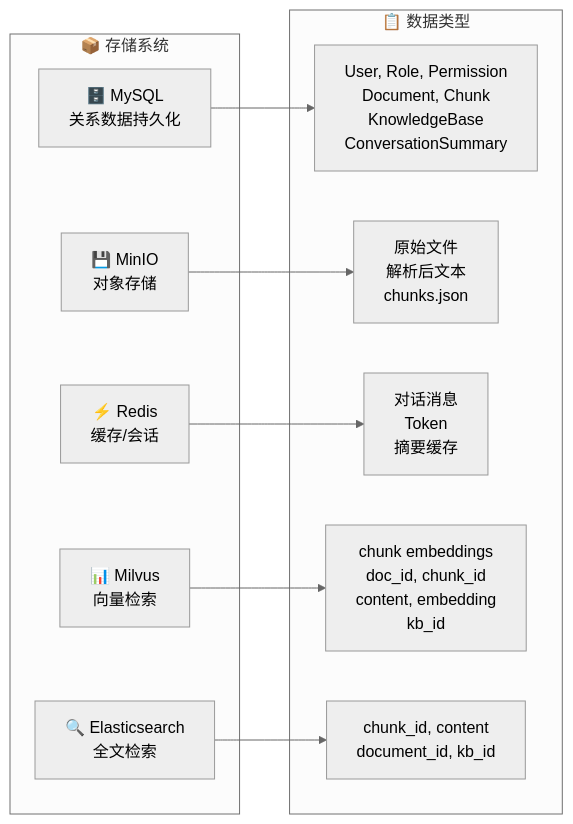
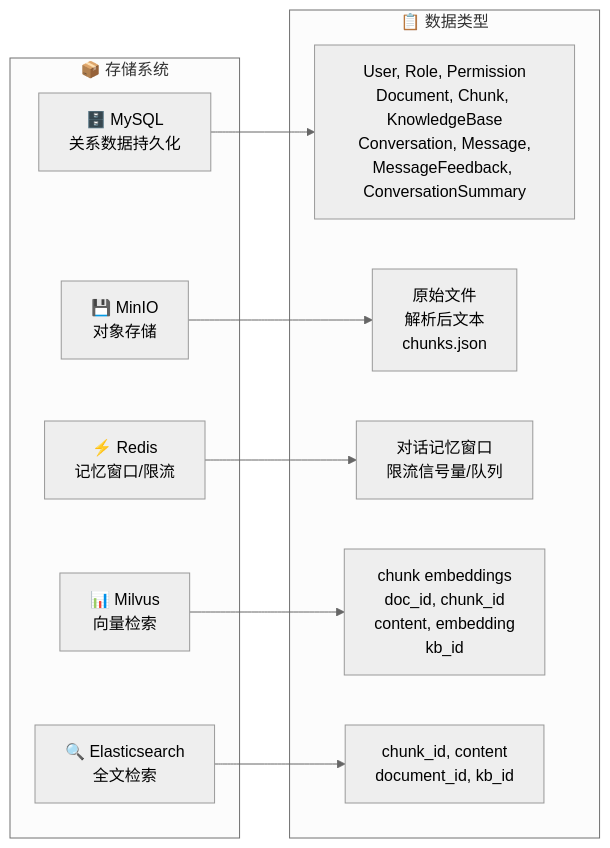
Before and after one commit to carlisle-withs/RAGGG: the fifth of 10 diagrams in README.md, drawn with Mermaid (neutral theme). The commit also changed other lines of this file, not shown here.

````diff
--- a/README.md
+++ b/README.md
@@ -206,24 +229,24 @@
 ```mermaid
 flowchart LR
     subgraph Storage["📦 存储系统"]
-        MySQL["🗄️ MySQL<br/>关系数据持久化"] 
+        MySQL["🗄️ MySQL<br/>关系数据持久化"]
         MinIO["💾 MinIO<br/>对象存储"]
-        Redis["⚡ Redis<br/>缓存/会话"]
+        Redis["⚡ Redis<br/>记忆窗口/限流"]
         Milvus["📊 Milvus<br/>向量检索"]
         ES["🔍 Elasticsearch<br/>全文检索"]
     end
-    
+
     subgraph Data["📋 数据类型"]
-        UserRole["User, Role, Permission<br/>Document, Chunk<br/>KnowledgeBase<br/>ConversationSummary"]
+        UserRole["User, Role, Permission<br/>Document, Chunk, KnowledgeBase<br/>Conversation, Message,<br/>MessageFeedback, ConversationSummary"]
         Files["原始文件<br/>解析后文本<br/>chunks.json"]
-        Session["对话消息<br/>Token<br/>摘要缓存"]
+        Session["对话记忆窗口<br/>限流信号量/队列"]
         Vec["chunk embeddings<br/>doc_id, chunk_id<br/>content, embedding<br/>kb_id"]
         FullText["chunk_id, content<br/>document_id, kb_id"]
     end
-    
+
     MySQL --> UserRole
     MinIO --> Files
     Redis --> Session
     Milvus --> Vec
     ES --> FullText
 ```
````
